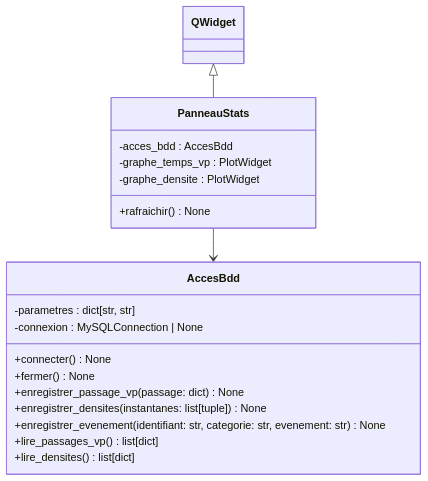
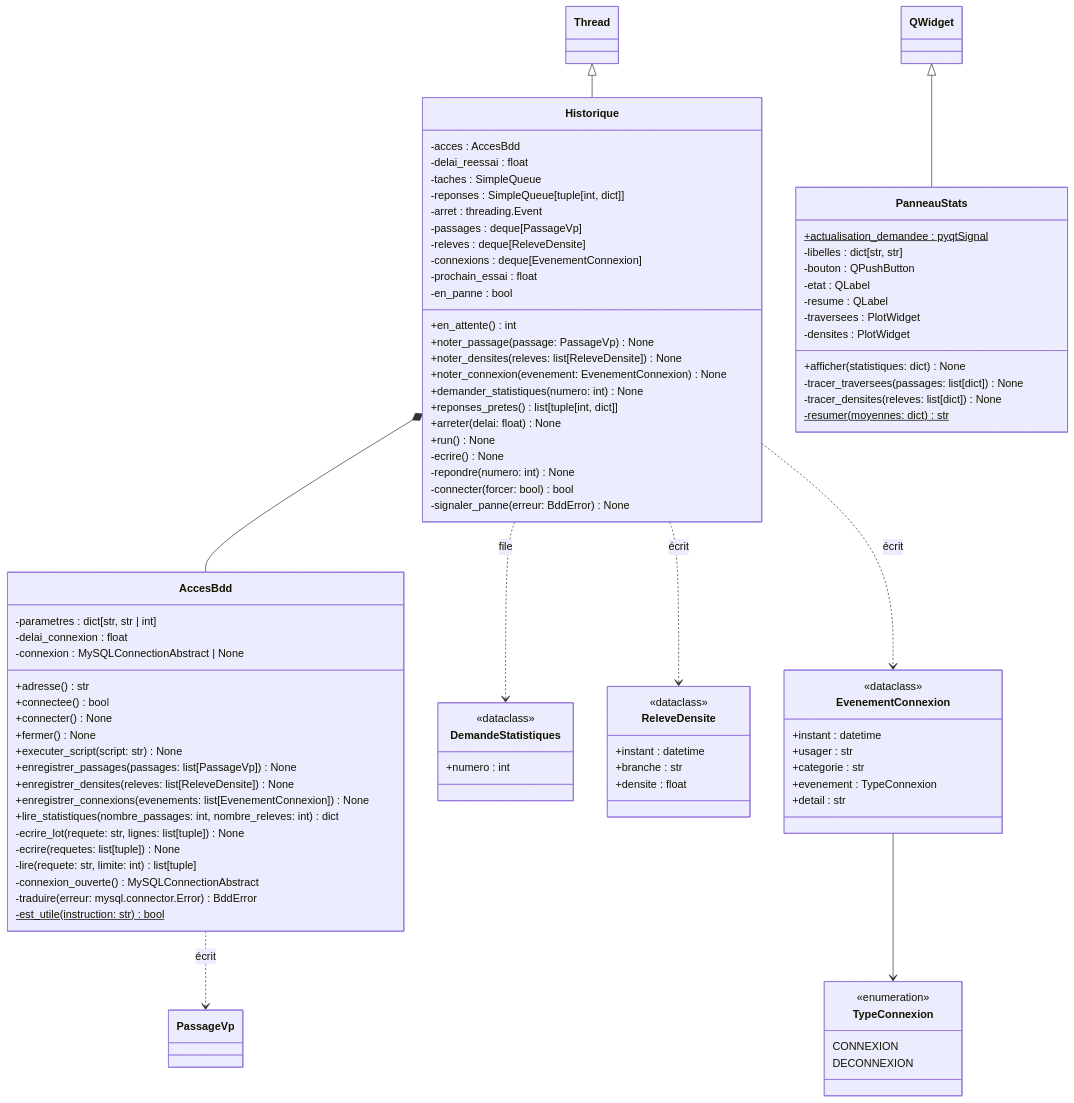
Before and after one commit to vRayzix/SAE3.02_Developper-une-application-communicante: diagram 12 of 12 in docs/uml.md, drawn with Mermaid. The commit also changed other lines of this file, not shown here.

Commit message:
docs(uml): paquet bdd, historique du serveur et onglet Statistiques

````diff
--- a/docs/uml.md
+++ b/docs/uml.md
@@ -1010,26 +1038,101 @@
 ```mermaid
 classDiagram
+    class Thread
     class QWidget
 
-    class PanneauStats {
-        -acces_bdd : AccesBdd
-        -graphe_temps_vp : PlotWidget
-        -graphe_densite : PlotWidget
-        +rafraichir() None
+    class AccesBdd {
+        -parametres : dict[str, str | int]
+        -delai_connexion : float
+        -connexion : MySQLConnectionAbstract | None
+        +adresse() str
+        +connectee() bool
+        +connecter() None
+        +fermer() None
+        +executer_script(script: str) None
+        +enregistrer_passages(passages: list[PassageVp]) None
+        +enregistrer_densites(releves: list[ReleveDensite]) None
+        +enregistrer_connexions(evenements: list[EvenementConnexion]) None
+        +lire_statistiques(nombre_passages: int, nombre_releves: int) dict
+        -ecrire_lot(requete: str, lignes: list[tuple]) None
+        -ecrire(requetes: list[tuple]) None
+        -lire(requete: str, limite: int) list[tuple]
+        -connexion_ouverte() MySQLConnectionAbstract
+        -traduire(erreur: mysql.connector.Error) BddError
+        -est_utile(instruction: str) bool$
     }
 
-    class AccesBdd {
-        -parametres : dict[str, str]
-        -connexion : MySQLConnection | None
-        +connecter() None
-        +fermer() None
-        +enregistrer_passage_vp(passage: dict) None
-        +enregistrer_densites(instantanes: list[tuple]) None
-        +enregistrer_evenement(identifiant: str, categorie: str, evenement: str) None
-        +lire_passages_vp() list[dict]
-        +lire_densites() list[dict]
+    class Historique {
+        -acces : AccesBdd
+        -delai_reessai : float
+        -taches : SimpleQueue
+        -reponses : SimpleQueue[tuple[int, dict]]
+        -arret : threading.Event
+        -passages : deque[PassageVp]
+        -releves : deque[ReleveDensite]
+        -connexions : deque[EvenementConnexion]
+        -prochain_essai : float
+        -en_panne : bool
+        +en_attente() int
+        +noter_passage(passage: PassageVp) None
+        +noter_densites(releves: list[ReleveDensite]) None
+        +noter_connexion(evenement: EvenementConnexion) None
+        +demander_statistiques(numero: int) None
+        +reponses_pretes() list[tuple[int, dict]]
+        +arreter(delai: float) None
+        +run() None
+        -ecrire() None
+        -repondre(numero: int) None
+        -connecter(forcer: bool) bool
+        -signaler_panne(erreur: BddError) None
     }
 
+    class DemandeStatistiques {
+        <<dataclass>>
+        +numero : int
+    }
+
+    class ReleveDensite {
+        <<dataclass>>
+        +instant : datetime
+        +branche : str
+        +densite : float
+    }
+
+    class EvenementConnexion {
+        <<dataclass>>
+        +instant : datetime
+        +usager : str
+        +categorie : str
+        +evenement : TypeConnexion
+        +detail : str
+    }
+
+    class TypeConnexion {
+        <<enumeration>>
+        CONNEXION
+        DECONNEXION
+    }
+
+    class PanneauStats {
+        +actualisation_demandee : pyqtSignal$
+        -libelles : dict[str, str]
+        -bouton : QPushButton
+        -etat : QLabel
+        -resume : QLabel
+        -traversees : PlotWidget
+        -densites : PlotWidget
+        +afficher(statistiques: dict) None
+        -tracer_traversees(passages: list[dict]) None
+        -tracer_densites(releves: list[dict]) None
+        -resumer(moyennes: dict) str$
+    }
+
+    Thread <|-- Historique
     QWidget <|-- PanneauStats
-    PanneauStats --> AccesBdd
+    Historique *-- AccesBdd
+    Historique ..> DemandeStatistiques : file
+    Historique ..> ReleveDensite : écrit
+    Historique ..> EvenementConnexion : écrit
+    EvenementConnexion --> TypeConnexion
+    AccesBdd ..> PassageVp : écrit
 ```
````
